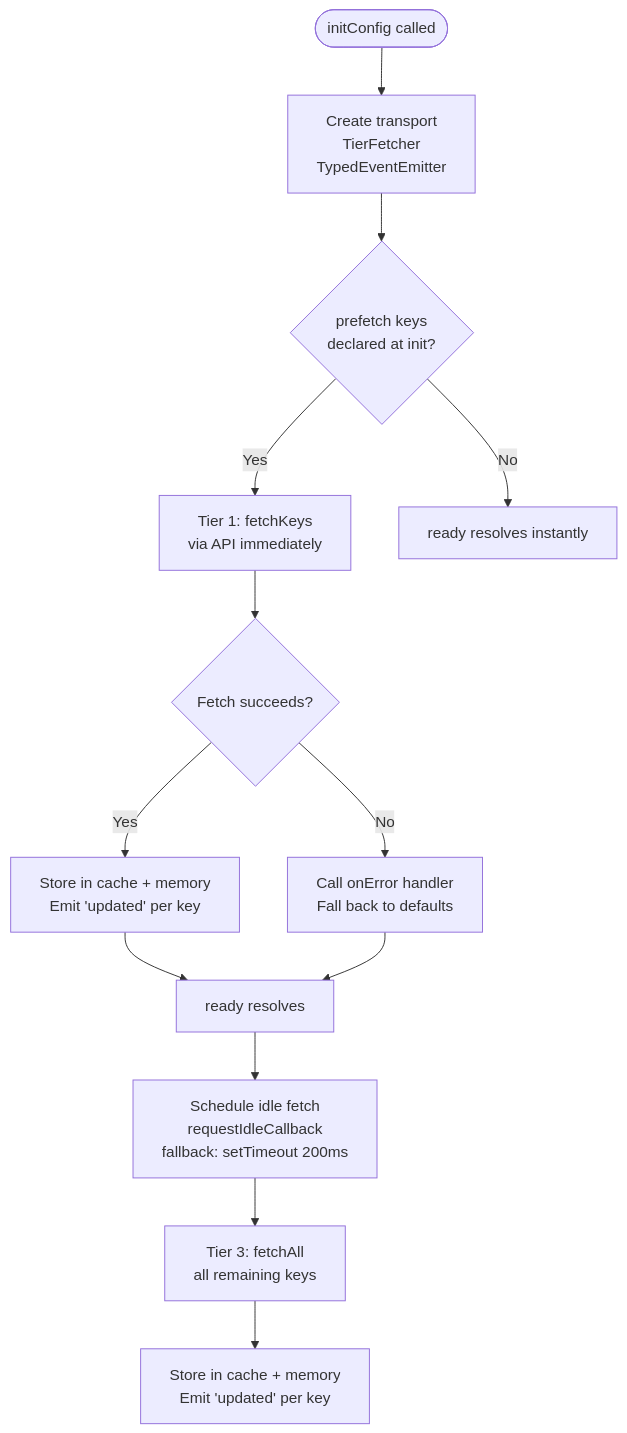
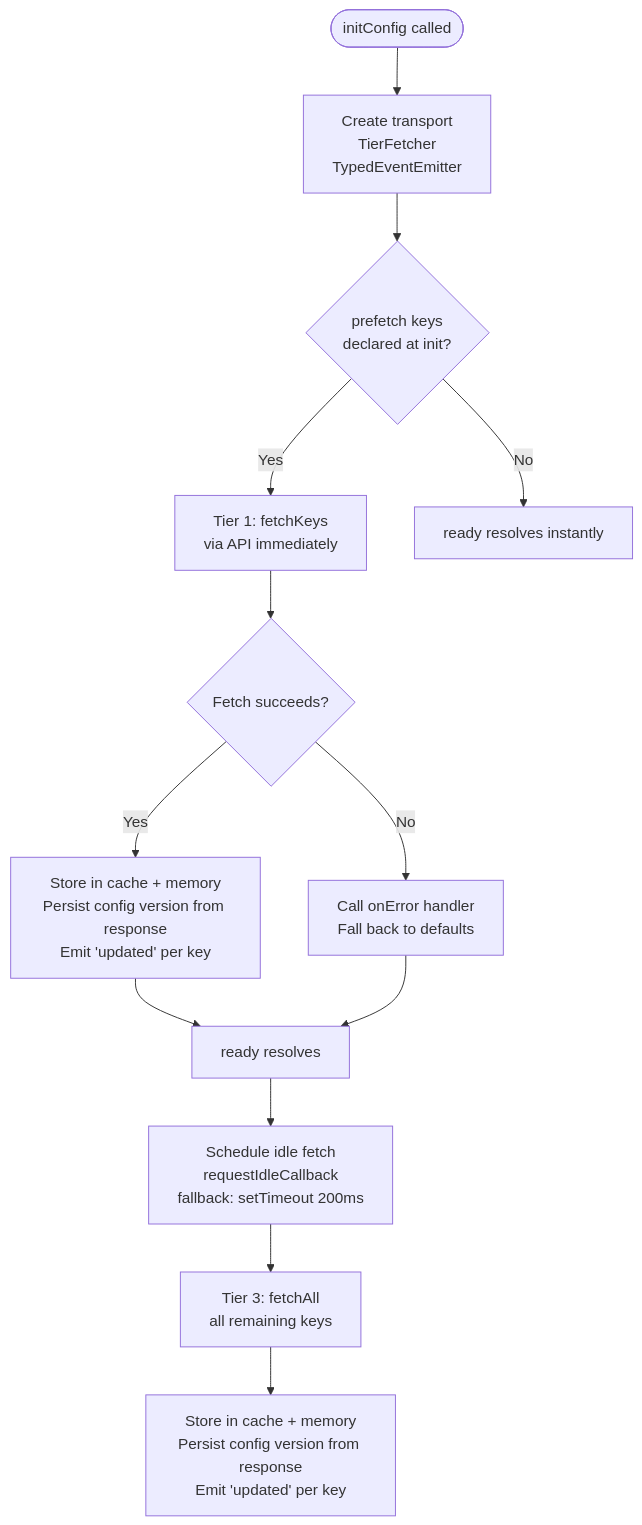
One commit to jewel998/config changed the first of 6 diagrams in packages/config/FETCH_FLOW.md. Above: the diagram before and after it, drawn with Mermaid. The commit also changed other lines of this file and 12 other files, not shown here.

First line of the commit message:
fix(sdk): persist config version from the /config response

````diff
--- a/packages/config/FETCH_FLOW.md
+++ b/packages/config/FETCH_FLOW.md
@@ -23,19 +23,19 @@
 ```mermaid
 flowchart TD
     A([initConfig called]) --> B[Create transport\nTierFetcher\nTypedEventEmitter]
     B --> C{prefetch keys\ndeclared at init?}
 
     C -->|Yes| D[Tier 1: fetchKeys\nvia API immediately]
     C -->|No| E[ready resolves instantly]
 
     D --> F{Fetch succeeds?}
-    F -->|Yes| G[Store in cache + memory\nEmit 'updated' per key]
+    F -->|Yes| G[Store in cache + memory\nPersist config version from response\nEmit 'updated' per key]
     F -->|No| H[Call onError handler\nFall back to defaults]
 
     G --> I[ready resolves]
     H --> I
 
     I --> J[Schedule idle fetch\nrequestIdleCallback\nfallback: setTimeout 200ms]
     J --> K[Tier 3: fetchAll\nall remaining keys]
-    K --> L[Store in cache + memory\nEmit 'updated' per key]
+    K --> L[Store in cache + memory\nPersist config version from response\nEmit 'updated' per key]
 ```
````
